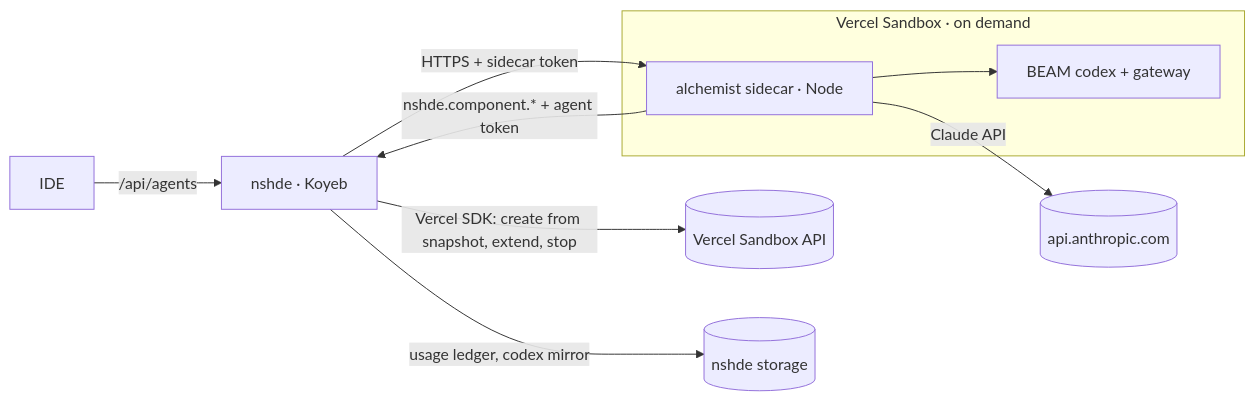
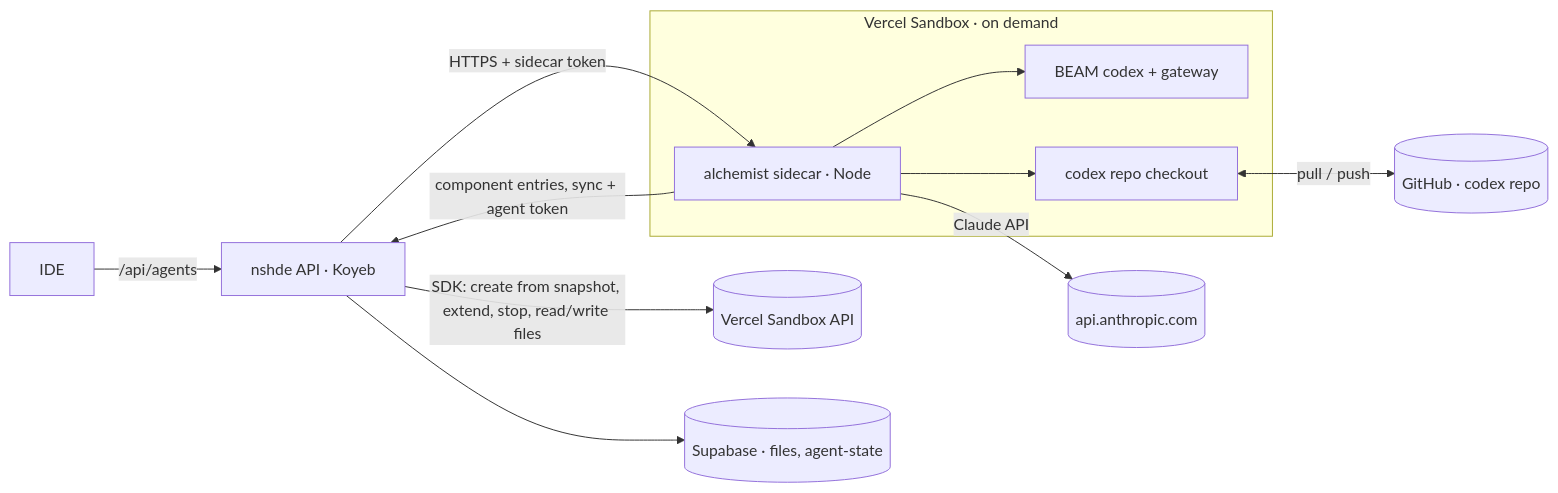
Before and after one commit to 0x1d/athanor: the first of 2 diagrams in docs/internal/plans/008_agent-sandbox.md, drawn with Mermaid. The commit also changed other lines of this file and 2 other files, not shown here.

First line of the commit message:
docs(plans): plan free-tier deployment with Supabase auth and a codex repo

````diff
--- a/docs/internal/plans/008_agent-sandbox.md
+++ b/docs/internal/plans/008_agent-sandbox.md
@@ -48,12 +49,14 @@
 ```mermaid
 flowchart LR
-  UI[IDE] -->|/api/agents| Bun[nshde · Koyeb]
-  Bun -->|Vercel SDK: create from snapshot, extend, stop| Vercel[(Vercel Sandbox API)]
-  Bun -->|HTTPS + sidecar token| Sidecar
+  UI[IDE] -->|/api/agents| API[nshde API · Koyeb]
+  API -->|SDK: create from snapshot, extend, stop, read/write files| Vercel[(Vercel Sandbox API)]
+  API -->|HTTPS + sidecar token| Sidecar
   subgraph Sandbox[Vercel Sandbox · on demand]
     Sidecar[alchemist sidecar · Node] --> Beam[BEAM codex + gateway]
+    Sidecar --> Checkout[codex repo checkout]
   end
-  Sidecar -->|nshde.component.* + agent token| Bun
+  Sidecar -->|component entries, sync + agent token| API
+  Checkout <-->|pull / push| Repo[(GitHub · codex repo)]
   Sidecar -->|Claude API| Anthropic[(api.anthropic.com)]
-  Bun -->|usage ledger, codex mirror| Storage[(nshde storage)]
+  API --> Supa[(Supabase · files, agent-state)]
 ```
````
